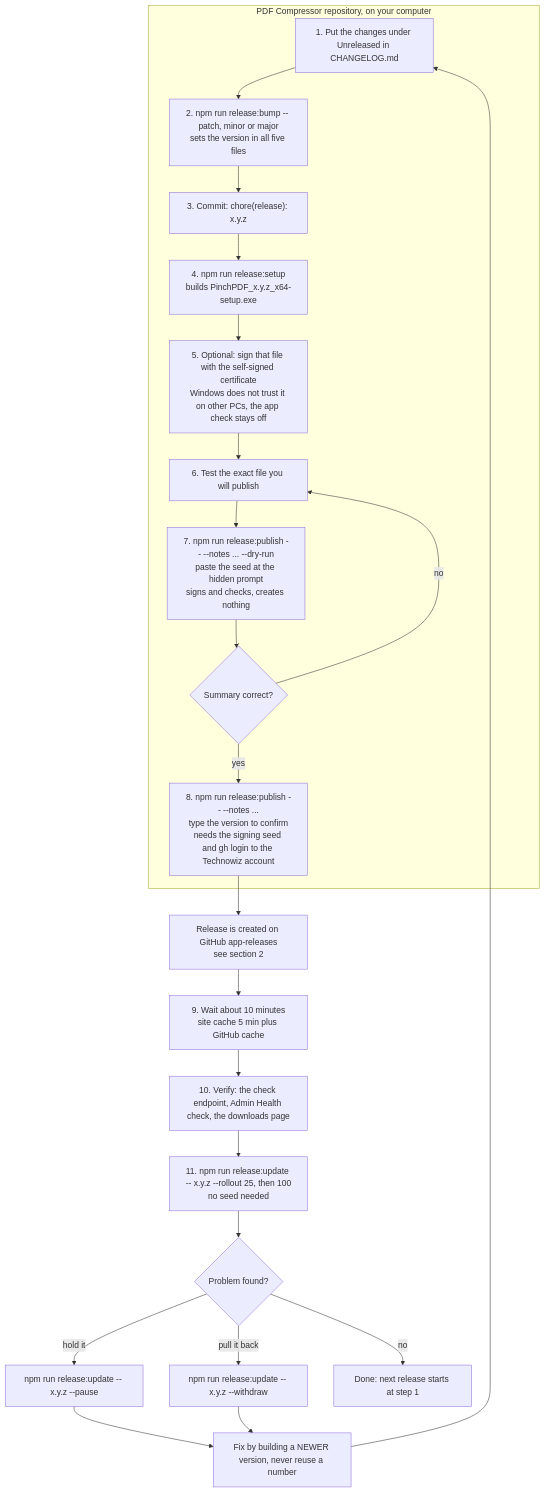
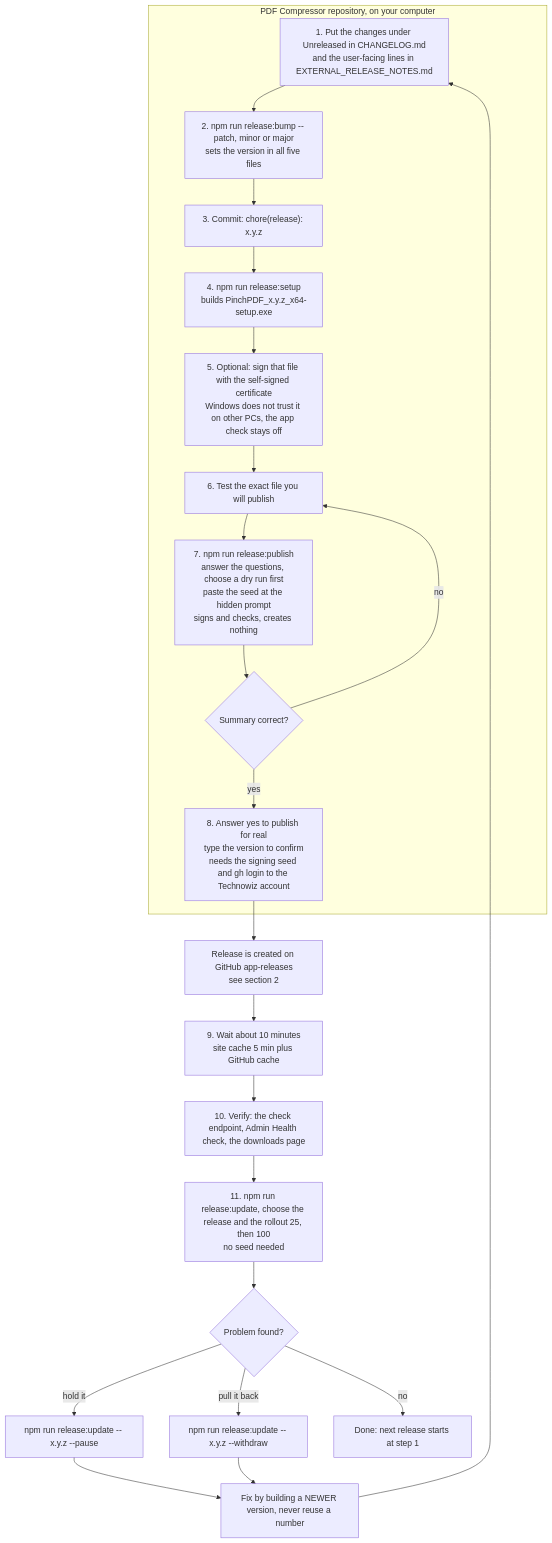
The first of 7 diagrams in docs/UPDATE_FLOW.md (technowizsolutionsllp/TWS-Website), drawn with Mermaid before and after one commit. The commit also changed other lines of this file and 9 other files, not shown here.

First line of the commit message:
Guided release scripts: questions, installer list, separate user-facing release notes

````diff
--- a/docs/UPDATE_FLOW.md
+++ b/docs/UPDATE_FLOW.md
@@ -13,25 +13,25 @@
 ```mermaid
 flowchart TD
     subgraph Repo["PDF Compressor repository, on your computer"]
-      A["1. Put the changes under Unreleased in CHANGELOG.md"] --> B["2. npm run release:bump -- patch, minor or major<br/>sets the version in all five files"]
+      A["1. Put the changes under Unreleased in CHANGELOG.md<br/>and the user-facing lines in EXTERNAL_RELEASE_NOTES.md"] --> B["2. npm run release:bump -- patch, minor or major<br/>sets the version in all five files"]
       B --> C["3. Commit: chore(release): x.y.z"]
       C --> D["4. npm run release:setup<br/>builds PinchPDF_x.y.z_x64-setup.exe"]
       D --> E["5. Optional: sign that file with the self-signed certificate<br/>Windows does not trust it on other PCs, the app check stays off"]
       E --> F["6. Test the exact file you will publish"]
-      F --> G["7. npm run release:publish -- --notes ... --dry-run<br/>paste the seed at the hidden prompt<br/>signs and checks, creates nothing"]
+      F --> G["7. npm run release:publish<br/>answer the questions, choose a dry run first<br/>paste the seed at the hidden prompt<br/>signs and checks, creates nothing"]
       G --> H{"Summary correct?"}
       H -- "no" --> F
-      H -- "yes" --> I["8. npm run release:publish -- --notes ...<br/>type the version to confirm<br/>needs the signing seed and gh login to the Technowiz account"]
+      H -- "yes" --> I["8. Answer yes to publish for real<br/>type the version to confirm<br/>needs the signing seed and gh login to the Technowiz account"]
     end
     I --> J["Release is created on GitHub app-releases<br/>see section 2"]
     J --> K["9. Wait about 10 minutes<br/>site cache 5 min plus GitHub cache"]
     K --> L["10. Verify: the check endpoint, Admin Health check, the downloads page"]
-    L --> M["11. npm run release:update -- x.y.z --rollout 25, then 100<br/>no seed needed"]
+    L --> M["11. npm run release:update, choose the release and the rollout 25, then 100<br/>no seed needed"]
     M --> N{"Problem found?"}
     N -- "hold it" --> O["npm run release:update -- x.y.z --pause"]
     N -- "pull it back" --> P["npm run release:update -- x.y.z --withdraw"]
     N -- "no" --> R["Done: next release starts at step 1"]
     O --> Q["Fix by building a NEWER version, never reuse a number"]
     P --> Q
     Q --> A
 ```
````
